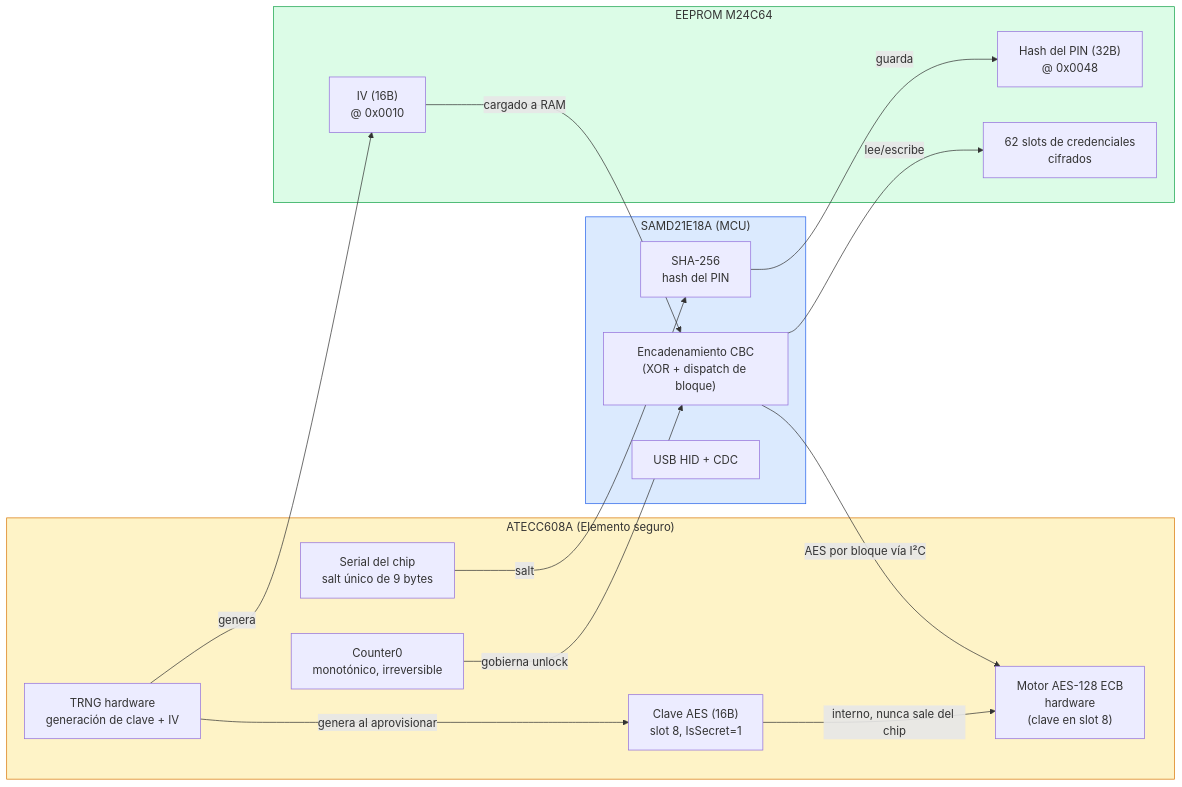
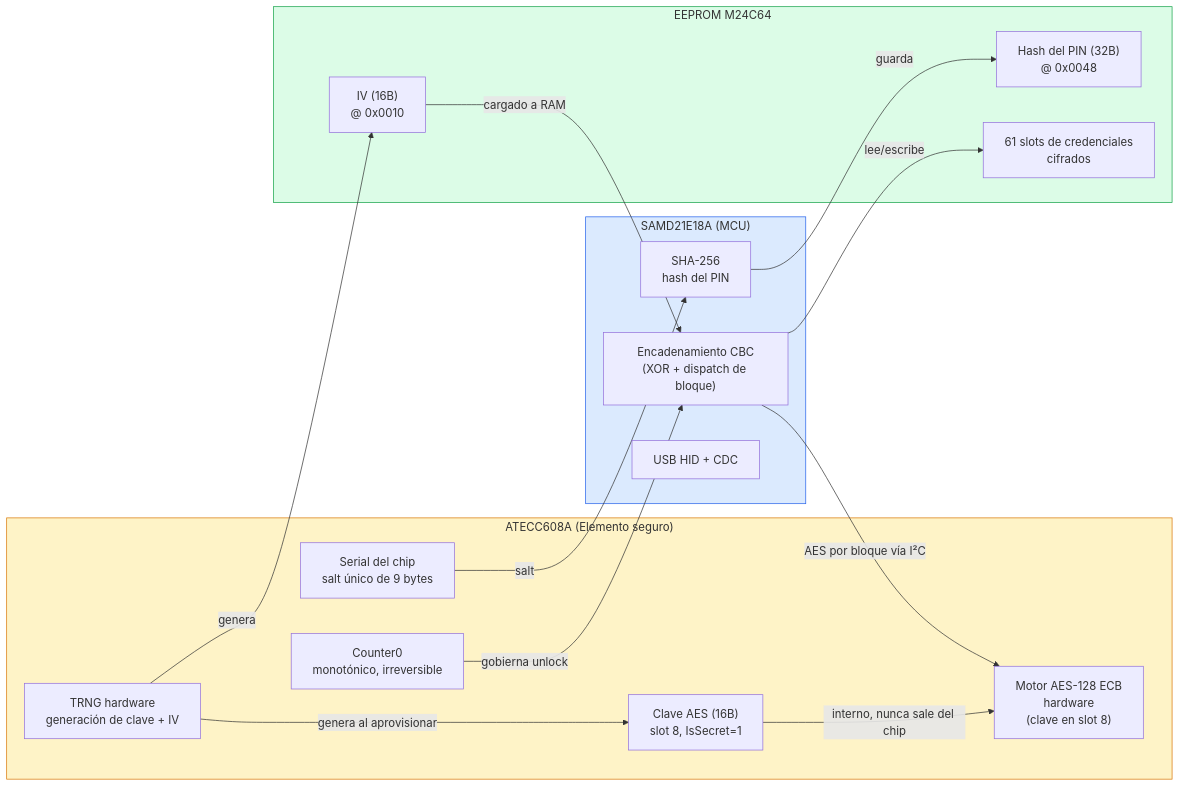
The first of 2 diagrams in es/firmware/security/index.mdx (Depbit-lab/docsZerokeyUSB), drawn with Mermaid before and after one commit. The commit also changed other lines of this file and 25 other files, not shown here.

````diff
--- a/es/firmware/security/index.mdx
+++ b/es/firmware/security/index.mdx
@@ -19,36 +19,36 @@
 ```mermaid
 graph LR
     subgraph MCU["SAMD21E18A (MCU)"]
         CBC["Encadenamiento CBC\n(XOR + dispatch de bloque)"]
         SHA["SHA-256\nhash del PIN"]
         USB["USB HID + CDC"]
     end
 
     subgraph SE["ATECC608A (Elemento seguro)"]
         TRNG["TRNG hardware\ngeneración de clave + IV"]
         AESHW["Motor AES-128 ECB\nhardware\n(clave en slot 8)"]
         KEY["Clave AES (16B)\nslot 8, IsSecret=1"]
         CNT["Counter0\nmonotónico, irreversible"]
         SER["Serial del chip\nsalt único de 9 bytes"]
     end
 
     subgraph MEM["EEPROM M24C64"]
         IV["IV (16B)\n@ 0x0010"]
         HASH["Hash del PIN (32B)\n@ 0x0048"]
-        CRED["62 slots de credenciales\ncifrados"]
+        CRED["61 slots de credenciales\ncifrados"]
     end
 
     TRNG -->|"genera al aprovisionar"| KEY
     KEY -->|"interno, nunca sale del chip"| AESHW
     TRNG -->|"genera"| IV
     SER -->|"salt"| SHA
     SHA -->|"guarda"| HASH
     CNT -->|"gobierna unlock"| CBC
     IV -->|"cargado a RAM"| CBC
     CBC -->|"AES por bloque vía I²C"| AESHW
     CBC -->|"lee/escribe"| CRED
 
     style MCU fill:#dbeafe,stroke:#2563eb
     style SE fill:#fef3c7,stroke:#d97706
     style MEM fill:#dcfce7,stroke:#16a34a
 ```
````
